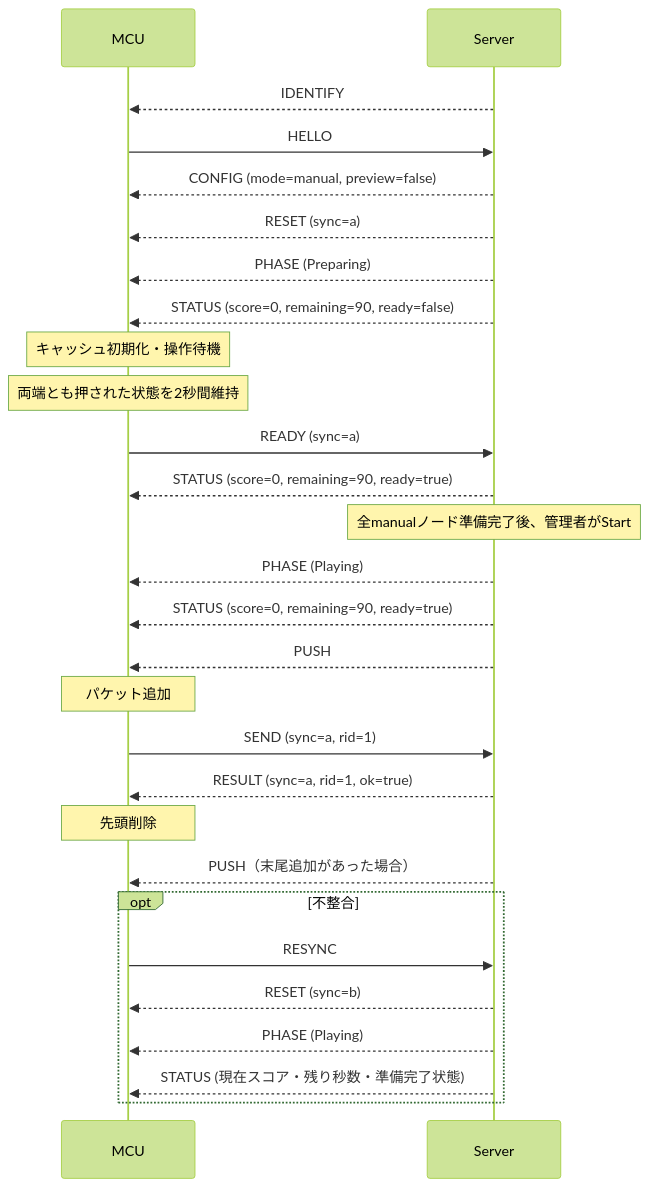
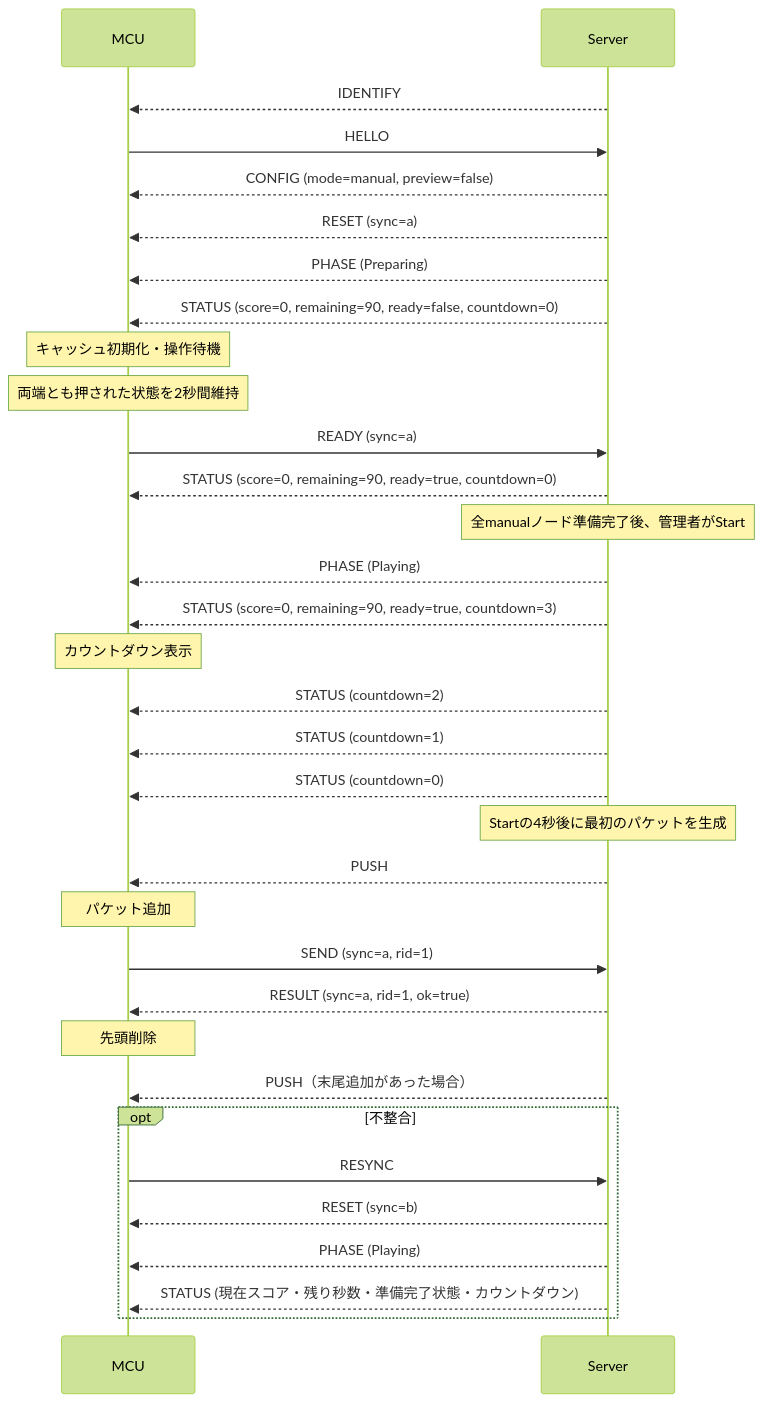
One commit to canta-9142/D4_Exhi changed the diagram in docs/spec/player.md. Above: the diagram before and after it, drawn with Mermaid (forest theme). The commit also changed other lines of this file and 4 other files, not shown here.

````diff
--- a/docs/spec/player.md
+++ b/docs/spec/player.md
@@ -360,30 +367,35 @@
 ```mermaid
 sequenceDiagram
     participant M as MCU
     participant S as Server
     S-->>M: IDENTIFY
     M->>S: HELLO
     S-->>M: CONFIG (mode=manual, preview=false)
     S-->>M: RESET (sync=a)
     S-->>M: PHASE (Preparing)
-    S-->>M: STATUS (score=0, remaining=90, ready=false)
+    S-->>M: STATUS (score=0, remaining=90, ready=false, countdown=0)
     Note over M: キャッシュ初期化・操作待機
     Note over M: 両端とも押された状態を2秒間維持
     M->>S: READY (sync=a)
-    S-->>M: STATUS (score=0, remaining=90, ready=true)
+    S-->>M: STATUS (score=0, remaining=90, ready=true, countdown=0)
     Note over S: 全manualノード準備完了後、管理者がStart
     S-->>M: PHASE (Playing)
-    S-->>M: STATUS (score=0, remaining=90, ready=true)
+    S-->>M: STATUS (score=0, remaining=90, ready=true, countdown=3)
+    Note over M: カウントダウン表示
+    S-->>M: STATUS (countdown=2)
+    S-->>M: STATUS (countdown=1)
+    S-->>M: STATUS (countdown=0)
+    Note over S: Startの4秒後に最初のパケットを生成
     S-->>M: PUSH
     Note over M: パケット追加
     M->>S: SEND (sync=a, rid=1)
     S-->>M: RESULT (sync=a, rid=1, ok=true)
     Note over M: 先頭削除
     S-->>M: PUSH（末尾追加があった場合）
     opt 不整合
         M->>S: RESYNC
         S-->>M: RESET (sync=b)
         S-->>M: PHASE (Playing)
-        S-->>M: STATUS (現在スコア・残り秒数・準備完了状態)
+        S-->>M: STATUS (現在スコア・残り秒数・準備完了状態・カウントダウン)
     end
 ```
````
